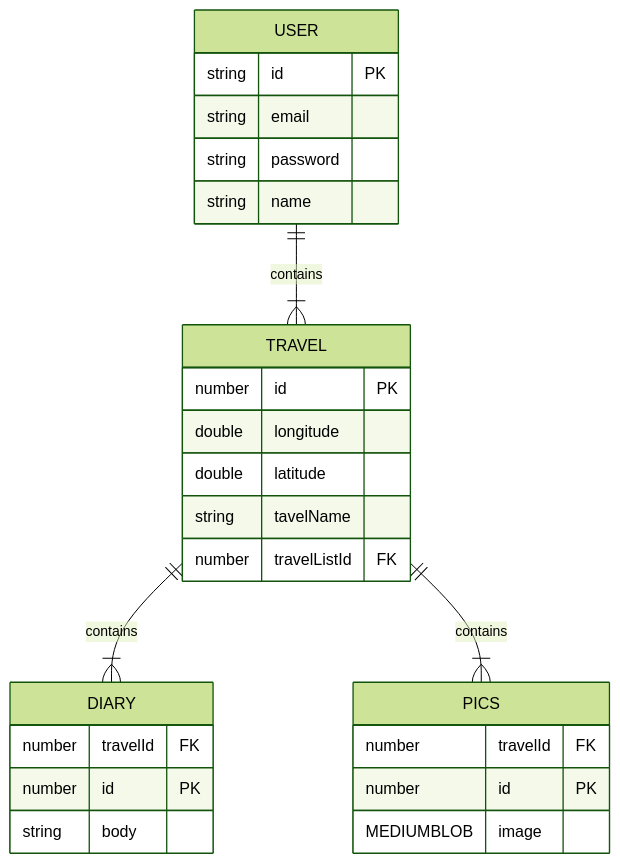
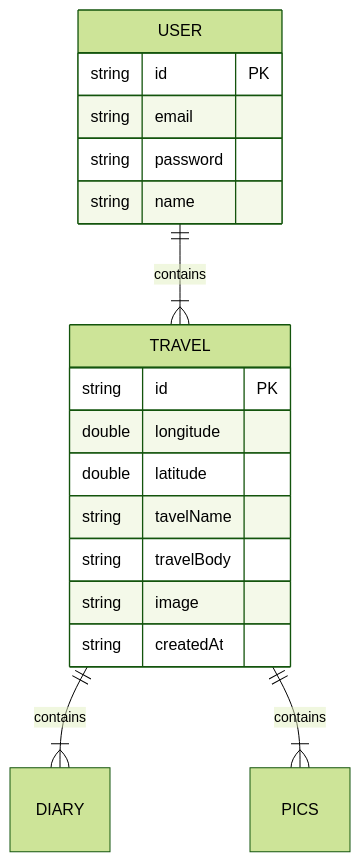
The diagram in README.md (KMUlee/nestjs-intertravel), drawn with Mermaid (forest theme) before and after one commit. The commit also changed other lines of this file, not shown here.

````diff
--- a/README.md
+++ b/README.md
@@ -15,35 +14,25 @@
 ```mermaid
 erDiagram
     USER ||--|{ TRAVEL : contains
     TRAVEL || -- |{ DIARY : contains
     TRAVEL || -- |{ PICS : contains
 
 
     USER {
       string id PK
       string email
       string password
       string name
     }
 
 
     TRAVEL {
-      number id PK
+      string id PK
       double longitude
       double latitude
       string tavelName
-      number travelListId FK
-    }
-
-    DIARY {
-      number travelId FK
-      number id PK
-      string body
-    }
-
-    PICS {
-      number travelId FK
-      number id PK
-      MEDIUMBLOB image
+      string travelBody
+      string image
+      string createdAt
     }
 ```
````
